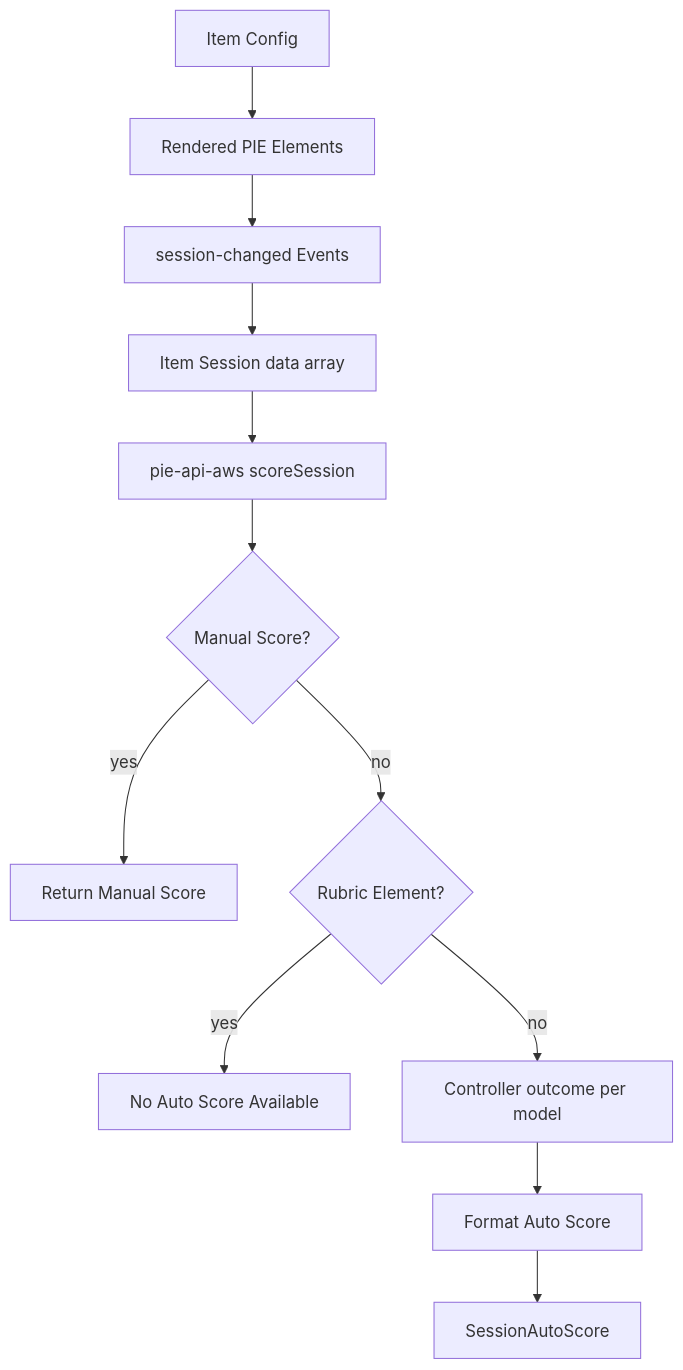
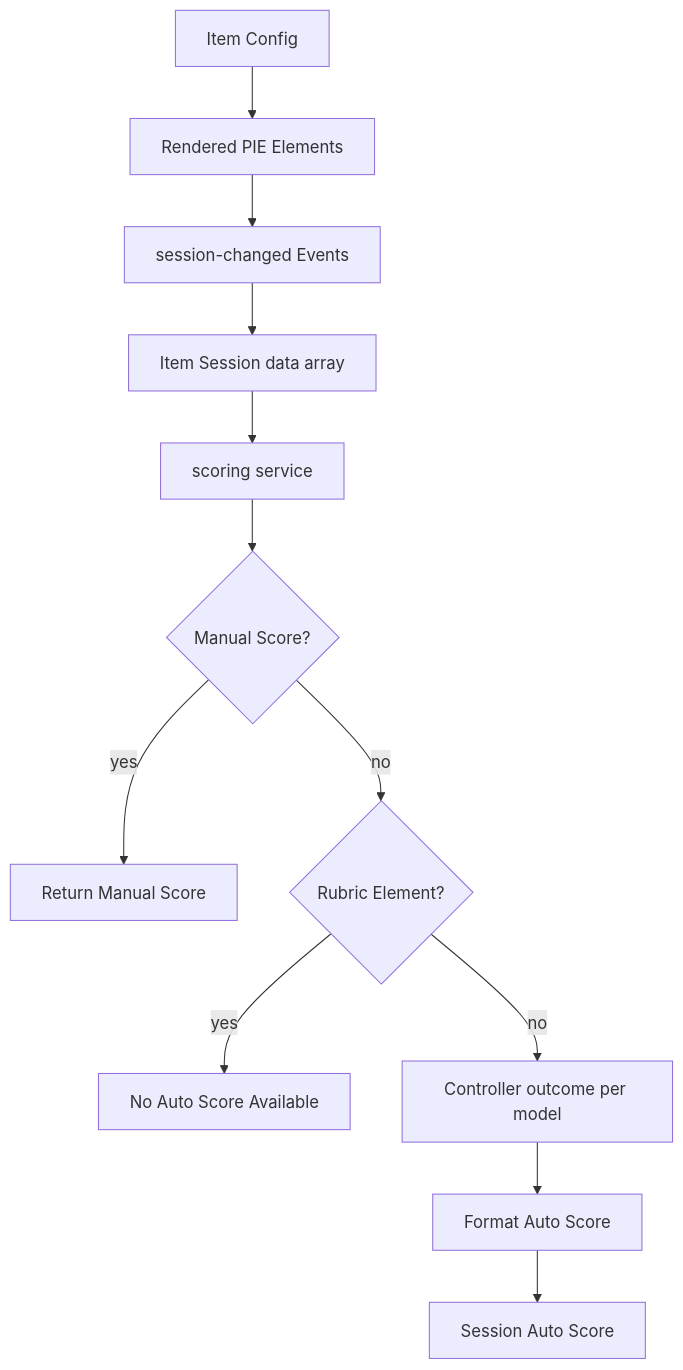
Before and after one commit to pie-framework/pie-players: the diagram in docs/item-player/scoring-and-rubrics.md, drawn with Mermaid. The commit also changed other lines of this file and 104 other files, not shown here.

````diff
--- a/docs/item-player/scoring-and-rubrics.md
+++ b/docs/item-player/scoring-and-rubrics.md
@@ -328,14 +309,14 @@
 ```mermaid
 flowchart TD
   itemConfig[Item Config] --> renderedElements[Rendered PIE Elements]
   renderedElements --> sessionChanged[session-changed Events]
   sessionChanged --> itemSession[Item Session data array]
-  itemSession --> apiScore[pie-api-aws scoreSession]
+  itemSession --> apiScore[scoring service]
   apiScore --> manualCheck{Manual Score?}
   manualCheck -->|yes| manualScore[Return Manual Score]
   manualCheck -->|no| rubricCheck{Rubric Element?}
   rubricCheck -->|yes| noAutoScore[No Auto Score Available]
   rubricCheck -->|no| controllerOutcome[Controller outcome per model]
   controllerOutcome --> aggregate[Format Auto Score]
-  aggregate --> score[SessionAutoScore]
+  aggregate --> score[Session Auto Score]
 ```
````
